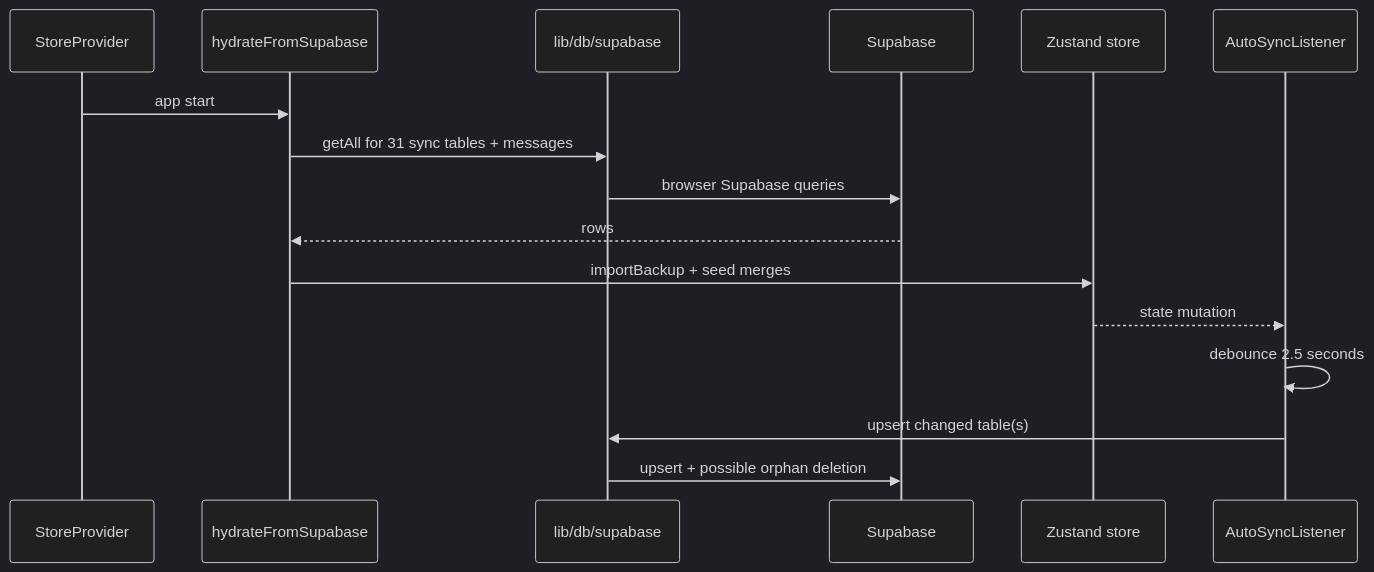
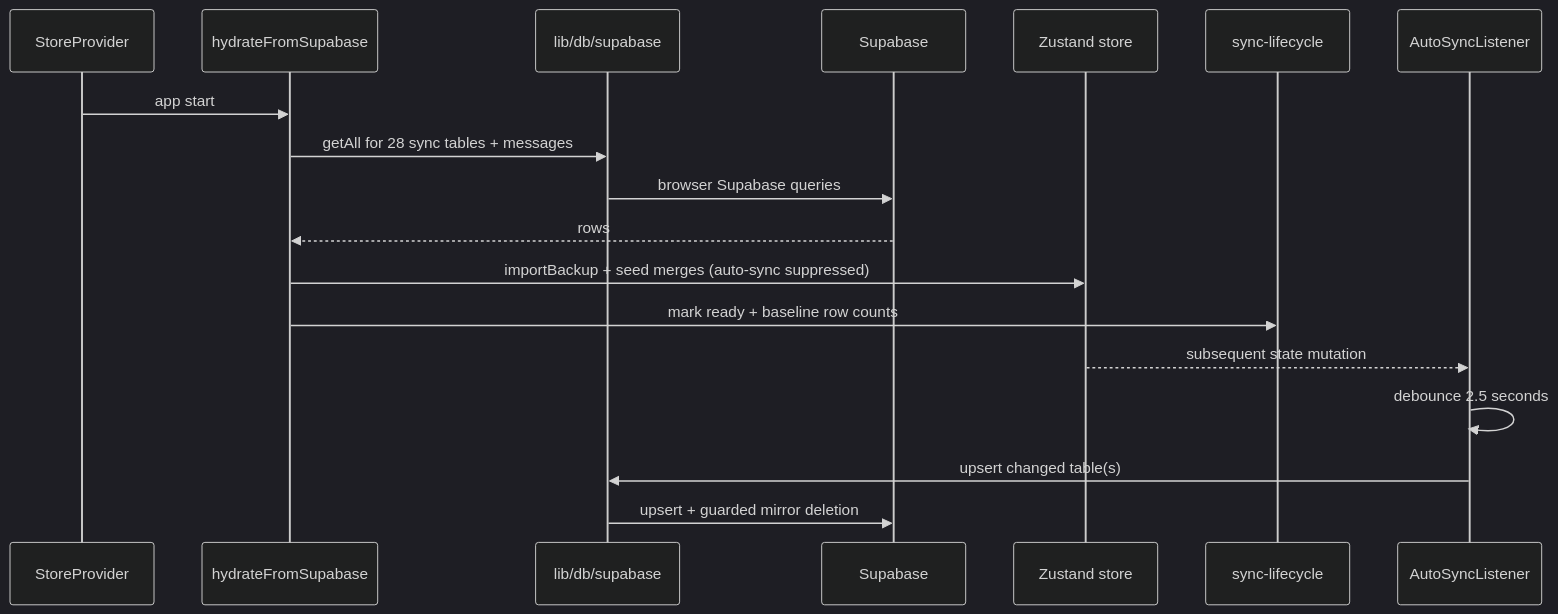
The sixth of 10 diagrams in docs/GRAPHRAG-MEMORY.md (ThanhBinhAG/TheAntAdventure), drawn with Mermaid (dark theme) before and after one commit. The commit also changed other lines of this file and 36 other files, not shown here.

````diff
--- a/docs/GRAPHRAG-MEMORY.md
+++ b/docs/GRAPHRAG-MEMORY.md
@@ -221,18 +223,20 @@
 ```mermaid
 sequenceDiagram
   participant SP as StoreProvider
   participant HY as hydrateFromSupabase
   participant DB as lib/db/supabase
   participant SB as Supabase
   participant Z as Zustand store
+  participant HL as sync-lifecycle
   participant AS as AutoSyncListener
   SP->>HY: app start
-  HY->>DB: getAll for 31 sync tables + messages
+  HY->>DB: getAll for 28 sync tables + messages
   DB->>SB: browser Supabase queries
   SB-->>HY: rows
-  HY->>Z: importBackup + seed merges
-  Z-->>AS: state mutation
+  HY->>Z: importBackup + seed merges (auto-sync suppressed)
+  HY->>HL: mark ready + baseline row counts
+  Z-->>AS: subsequent state mutation
   AS->>AS: debounce 2.5 seconds
   AS->>DB: upsert changed table(s)
-  DB->>SB: upsert + possible orphan deletion
+  DB->>SB: upsert + guarded mirror deletion
 ```
````
